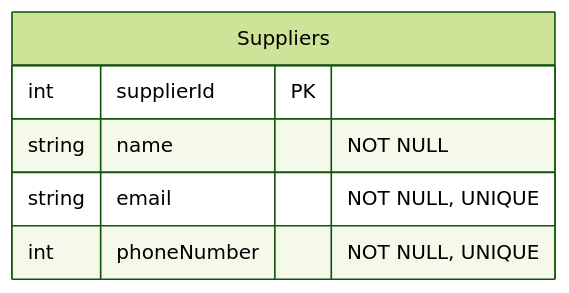
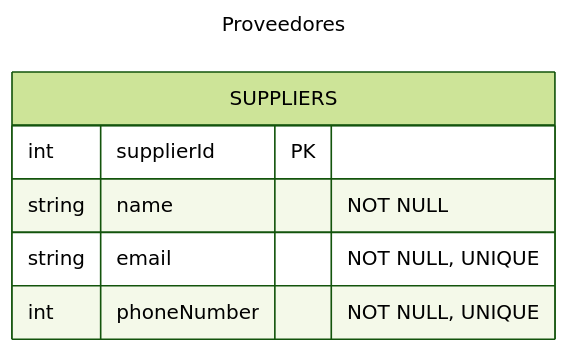
Before and after one commit to rosendocamal/homeworks: diagram 20 of 30 in 4to-Cuatrimestre/fundamentos-base-datos/proyecto/proyecto.md, drawn with Mermaid (forest theme). The commit also changed other lines of this file and 1 other file, not shown here.

````diff
--- a/4to-Cuatrimestre/fundamentos-base-datos/proyecto/proyecto.md
+++ b/4to-Cuatrimestre/fundamentos-base-datos/proyecto/proyecto.md
@@ -416,9 +419,12 @@
 ```mermaid
+---
+title: Proveedores
+---
 erDiagram
-	Suppliers {
+	SUPPLIERS {
 		int supplierId PK
 		string name "NOT NULL"
 		string email "NOT NULL, UNIQUE"
 		int phoneNumber "NOT NULL, UNIQUE"
 }
 ```
````
